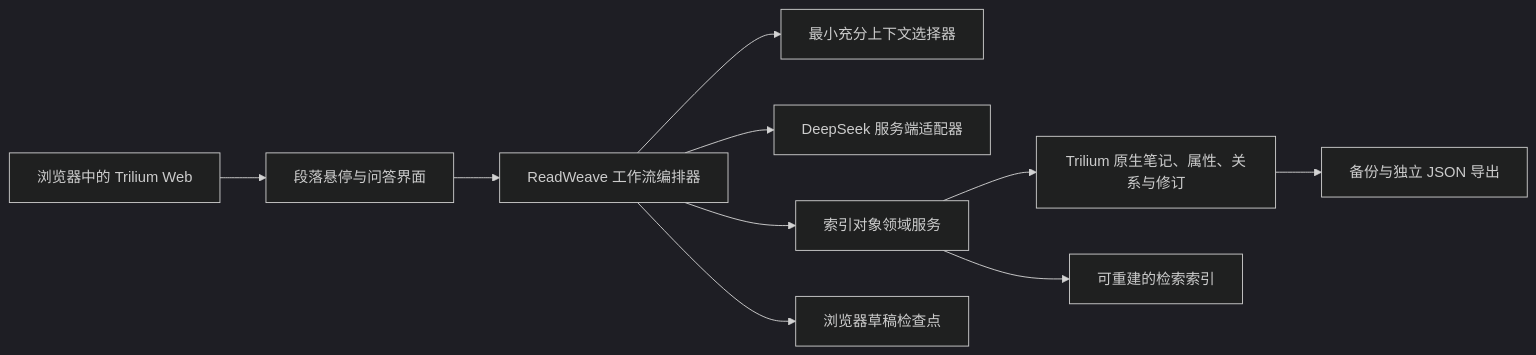
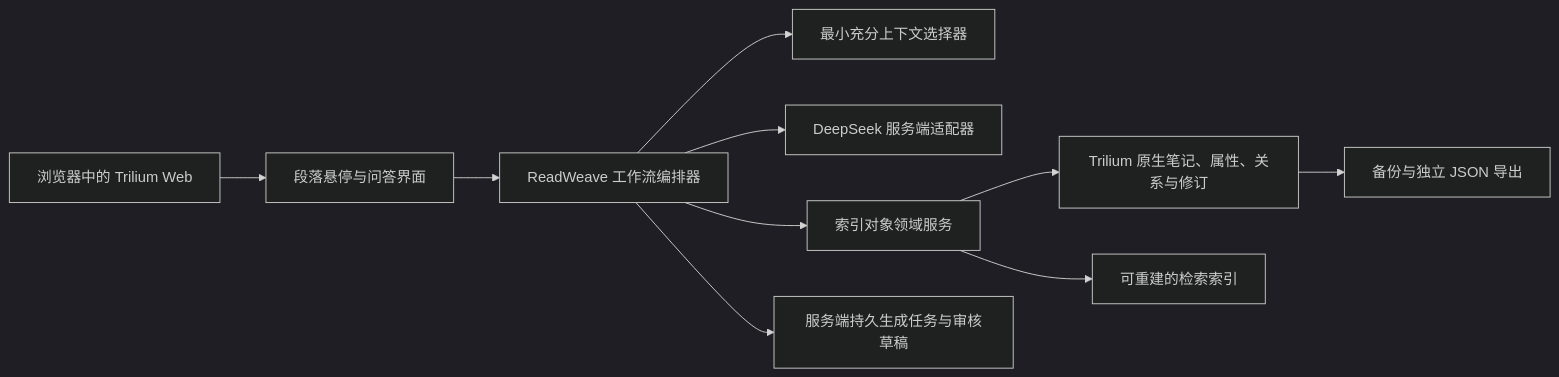
One commit to AIALRA-0/ReadWeave changed the first of 2 diagrams in docs/readlayer/03-ARCHITECTURE.md. Above: the diagram before and after it, drawn with Mermaid (dark theme). The commit also changed other lines of this file and 3449 other files, not shown here.

````diff
--- a/docs/readlayer/03-ARCHITECTURE.md
+++ b/docs/readlayer/03-ARCHITECTURE.md
@@ -22,12 +22,12 @@
 ```mermaid
 flowchart LR
     B["浏览器中的 Trilium Web"] --> U["段落悬停与问答界面"]
     U --> O["ReadWeave 工作流编排器"]
     O --> C["最小充分上下文选择器"]
     O --> P["DeepSeek 服务端适配器"]
     O --> D["索引对象领域服务"]
     D --> T["Trilium 原生笔记、属性、关系与修订"]
     D --> I["可重建的检索索引"]
-    O --> K["浏览器草稿检查点"]
+    O --> K["服务端持久生成任务与审核草稿"]
     T --> X["备份与独立 JSON 导出"]
 ```
````
